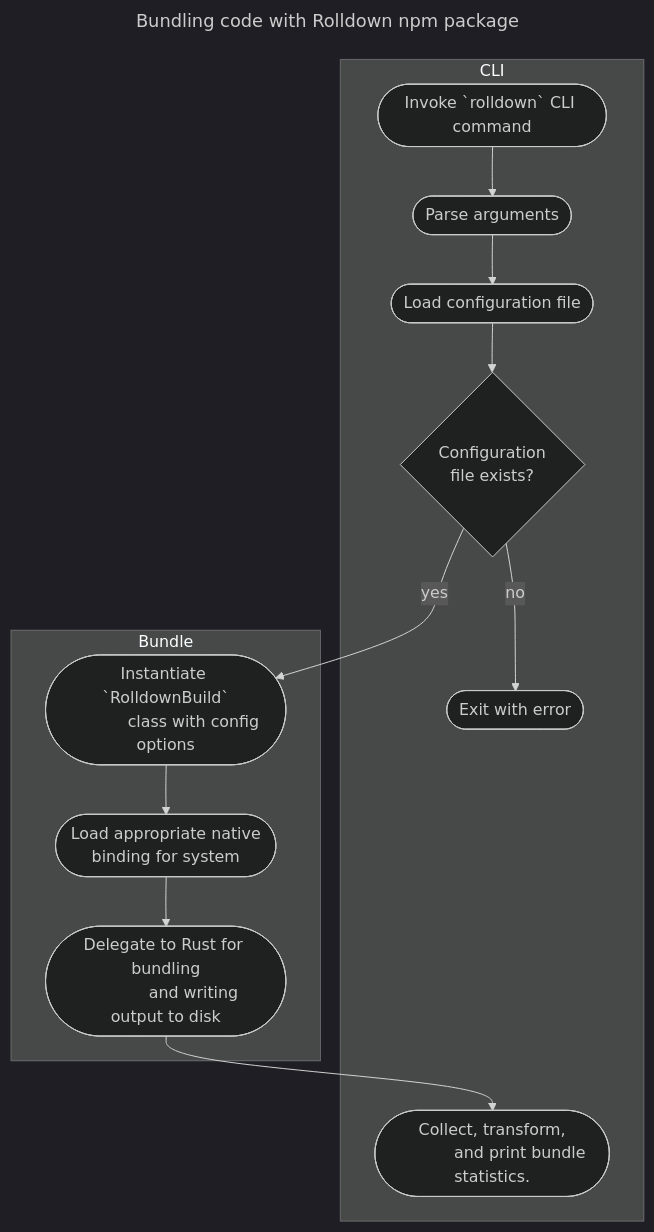
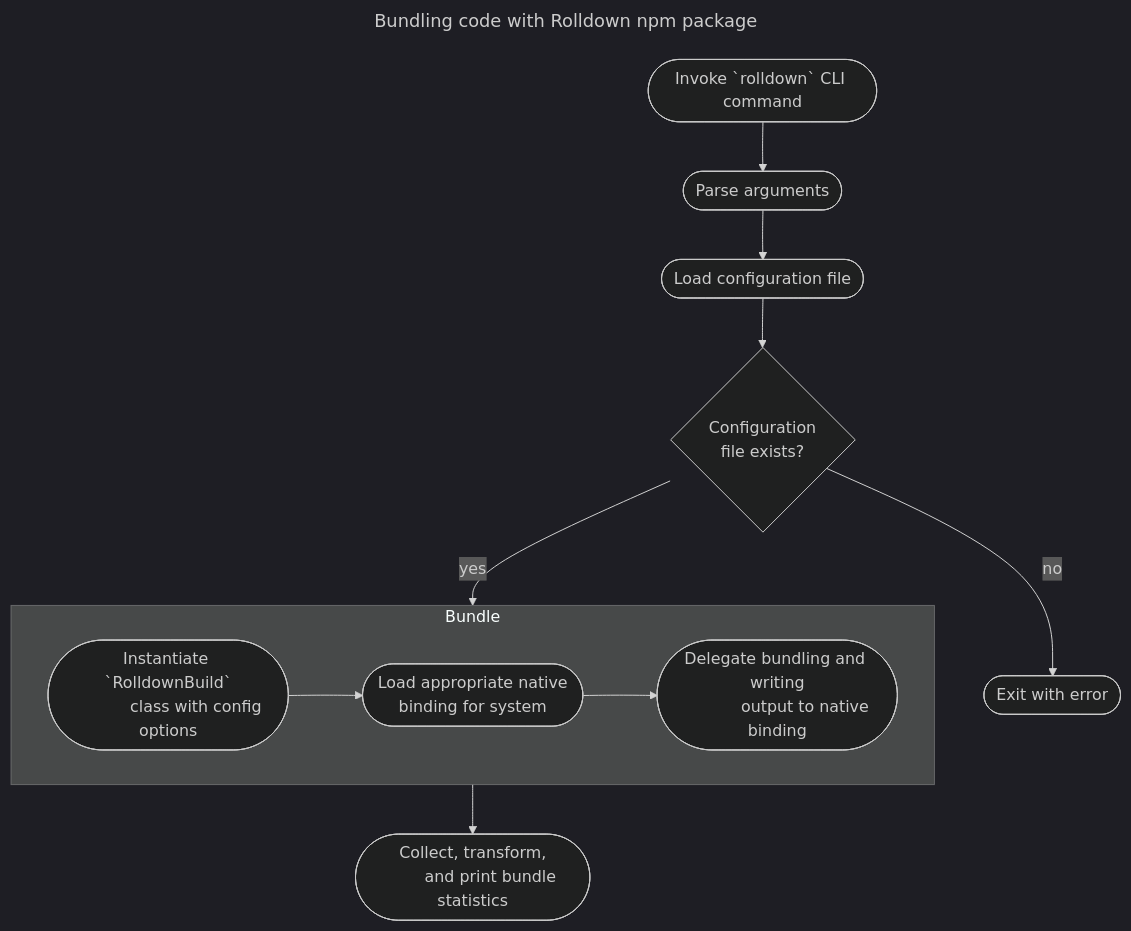
Before and after one commit to rolldown/rolldown: the second of 2 diagrams in web/docs/contrib-guide/architecture.md, drawn with Mermaid (dark theme). The commit also changed other lines of this file, not shown here.

Commit message:
add more bundling docs

````diff
--- a/web/docs/contrib-guide/architecture.md
+++ b/web/docs/contrib-guide/architecture.md
@@ -37,42 +106,35 @@
 ```mermaid
 ---
 title: Bundling code with Rolldown npm package
 ---
 flowchart TB
-    subgraph CLI
-        invokeCli(["Invoke `rolldown` CLI command"]) --> parse([Parse arguments])
-        parse --> loadConfig([Load configuration file])
-        loadConfig --> configExists{
-            Configuration
-            file exists?
-        }
-        configExists -->|no|exitWithError([Exit with error])
-
-        printStats([
-            Collect, transform,
-            and print bundle statistics.
-        ])
-    end
-
-    configExists-->|yes|instantiateBuild
+    invokeCli(["Invoke `rolldown` CLI command"]) -->
+    parse([Parse arguments]) -->
+    loadConfig([Load configuration file]) -->
+    configExists{
+        Configuration
+        file exists?
+    }
+    configExists -->|no|exitWithError([Exit with error])
+    configExists-->|yes|Bundle
 
     subgraph Bundle
         instantiateBuild([
             Instantiate `RolldownBuild`
             class with config options
-        ])
+        ]) -->
         loadNativeBinding([
             Load appropriate native
             binding for system
+        ]) -->
+        writeOutput([
+            Delegate bundling and writing
+            output to native binding
         ])
-        writeOutput([
-            Delegate to Rust for bundling
-            and writing output to disk
-        ])
-
-        instantiateBuild --> loadNativeBinding
-        loadNativeBinding --> writeOutput
     end
 
-    writeOutput --> printStats
+    Bundle --> printStats([
+        Collect, transform,
+        and print bundle statistics
+    ])
 ```
````
